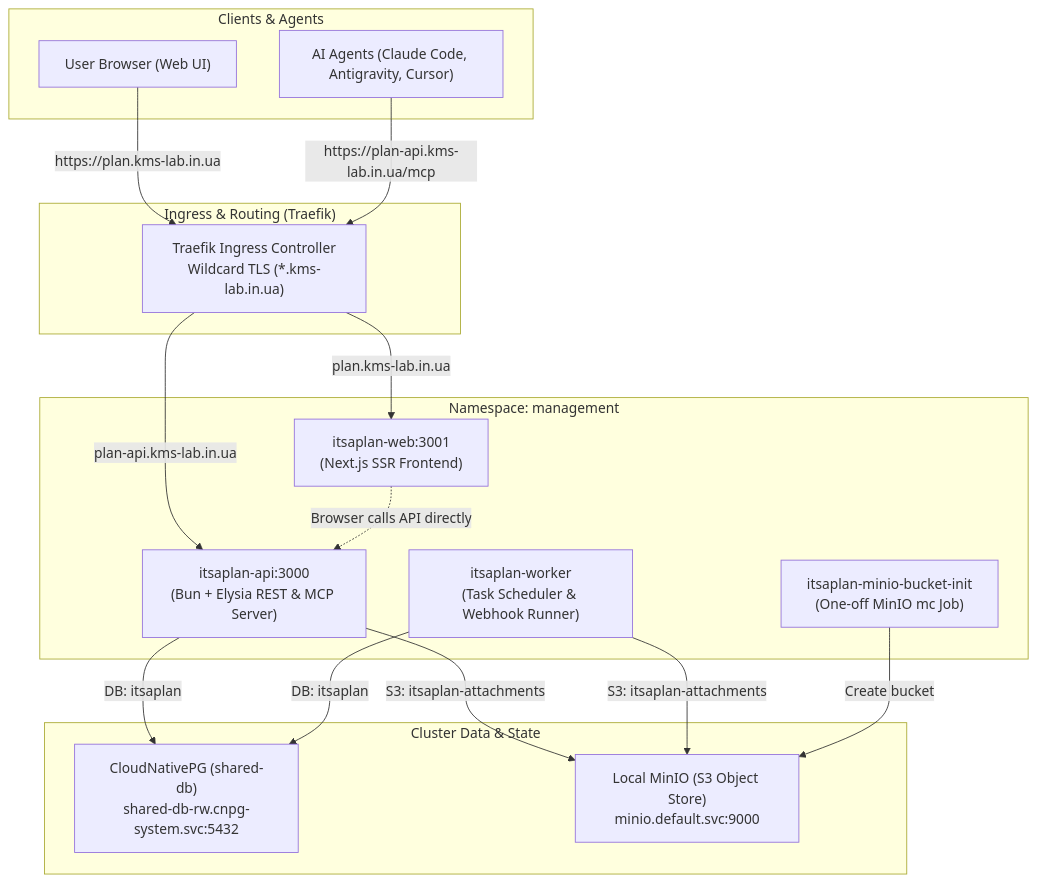
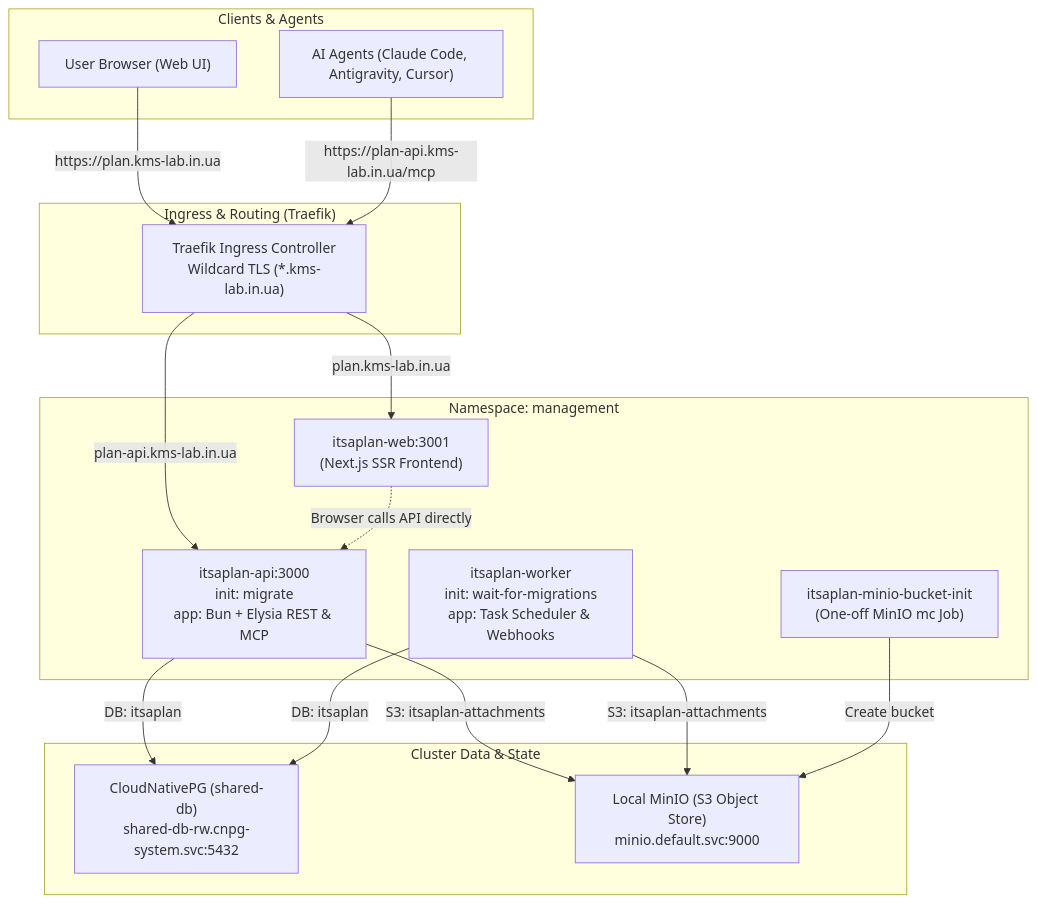
One commit to reidMaks/test changed the diagram in docs/architecture/024-itsaplan-ai-issue-tracker.md. Above: the diagram before and after it, drawn with Mermaid. The commit also changed other lines of this file and 7 other files, not shown here.

````diff
--- a/docs/architecture/024-itsaplan-ai-issue-tracker.md
+++ b/docs/architecture/024-itsaplan-ai-issue-tracker.md
@@ -16,36 +16,36 @@
 ```mermaid
 flowchart TD
     subgraph Clients["Clients & Agents"]
         Browser["User Browser (Web UI)"]
         AIAgents["AI Agents (Claude Code, Antigravity, Cursor)"]
     end
 
     subgraph IngressLayer["Ingress & Routing (Traefik)"]
         Traefik["Traefik Ingress Controller<br/>Wildcard TLS (*.kms-lab.in.ua)"]
     end
 
     subgraph ManagementNS["Namespace: management"]
         WebPod["itsaplan-web:3001<br/>(Next.js SSR Frontend)"]
-        APIPod["itsaplan-api:3000<br/>(Bun + Elysia REST & MCP Server)"]
-        WorkerPod["itsaplan-worker<br/>(Task Scheduler & Webhook Runner)"]
+        APIPod["itsaplan-api:3000<br/>init: migrate<br/>app: Bun + Elysia REST & MCP"]
+        WorkerPod["itsaplan-worker<br/>init: wait-for-migrations<br/>app: Task Scheduler & Webhooks"]
         InitJob["itsaplan-minio-bucket-init<br/>(One-off MinIO mc Job)"]
     end
 
     subgraph StorageLayer["Cluster Data & State"]
         CNPG["CloudNativePG (shared-db)<br/>shared-db-rw.cnpg-system.svc:5432"]
         MinIO["Local MinIO (S3 Object Store)<br/>minio.default.svc:9000"]
     end
 
     Browser -->|https://plan.kms-lab.in.ua| Traefik
     AIAgents -->|https://plan-api.kms-lab.in.ua/mcp| Traefik
 
     Traefik -->|plan.kms-lab.in.ua| WebPod
     Traefik -->|plan-api.kms-lab.in.ua| APIPod
 
     WebPod -.->|Browser calls API directly| APIPod
     APIPod -->|DB: itsaplan| CNPG
     WorkerPod -->|DB: itsaplan| CNPG
     APIPod -->|S3: itsaplan-attachments| MinIO
     WorkerPod -->|S3: itsaplan-attachments| MinIO
     InitJob -->|Create bucket| MinIO
 ```
````
